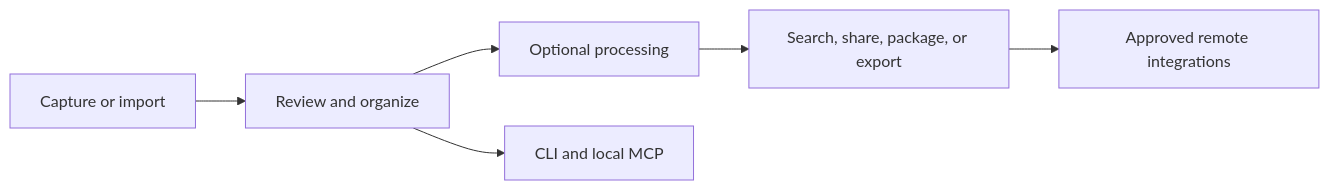
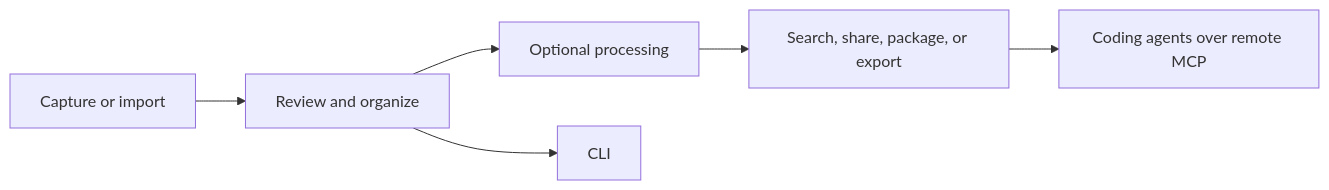
Before and after one commit to filetelierb/bowerbirds-public-docs: the diagram in concepts/architecture.mdx, drawn with Mermaid. The commit also changed other lines of this file and 32 other files, not shown here.

First line of the commit message:
Docs: the remote MCP door with OAuth replaces the local server; agent tokens, signatures, CLI agent login, plugins

````diff
--- a/concepts/architecture.mdx
+++ b/concepts/architecture.mdx
@@ -9,8 +9,8 @@
 ```mermaid
 flowchart LR
   A[Capture or import] --> B[Review and organize]
   B --> C[Optional processing]
   C --> D[Search, share, package, or export]
-  B --> E[CLI and local MCP]
-  D --> F[Approved remote integrations]
+  B --> E[CLI]
+  D --> F[Coding agents over remote MCP]
 ```
````
